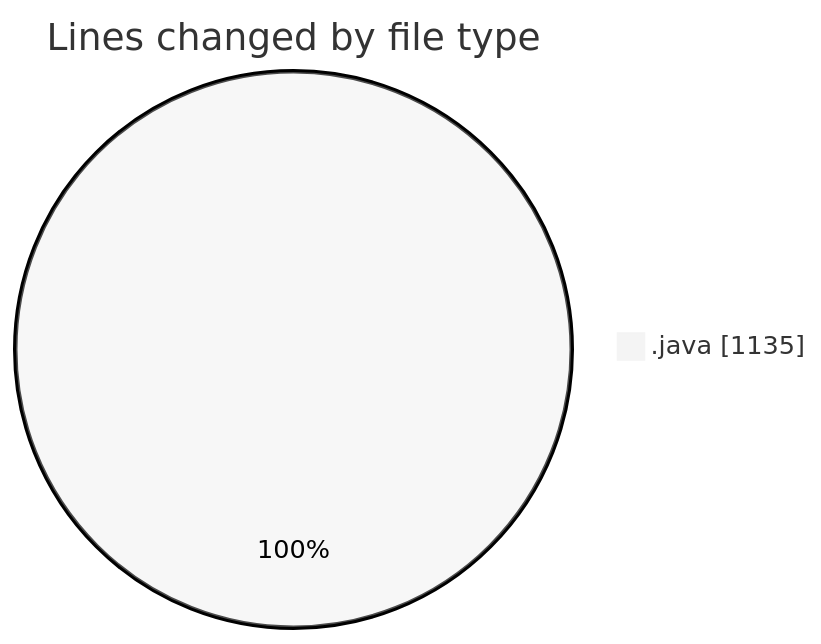
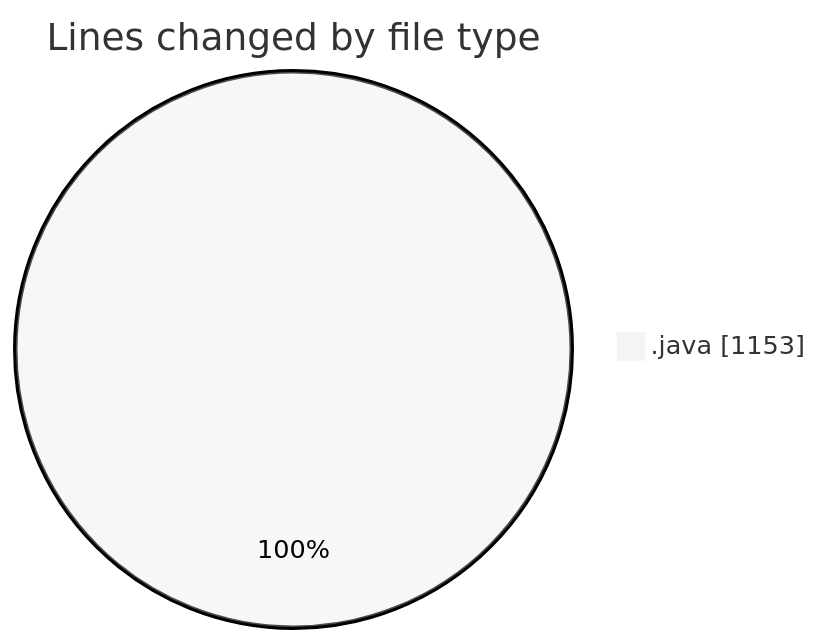
The first of 2 diagrams in 2026-03-31/cilapp/README.md (ricardozamudiocil/code-tracking), drawn with Mermaid (neutral theme) before and after one commit. The commit also changed other lines of this file and 1 other file, not shown here.

````diff
--- a/2026-03-31/cilapp/README.md
+++ b/2026-03-31/cilapp/README.md
@@ -20,5 +20,5 @@
 ```mermaid
 pie showData
 title Lines changed by file type
-".java" : 1135
+".java" : 1153
 ```
````
